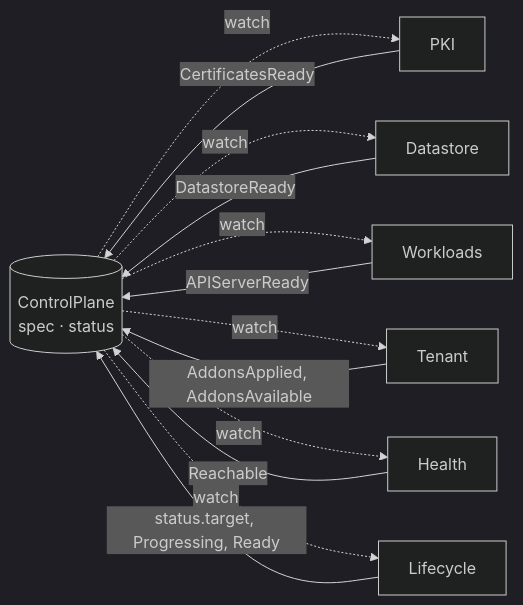
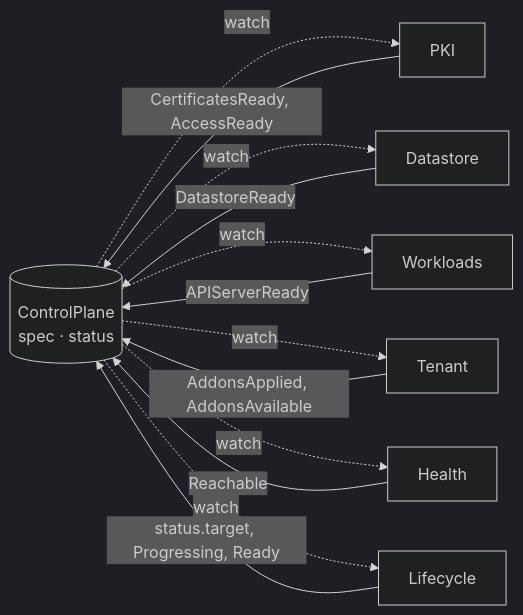
One commit to lodia-io/lodia changed the diagram in docs/decisions/independent-controllers.md. Above: the diagram before and after it, drawn with Mermaid (dark theme). The commit also changed other lines of this file and 4 other files, not shown here.

First line of the commit message:
docs: AccessReady, so Brygga's own access to a tenant has an owner

````diff
--- a/docs/decisions/independent-controllers.md
+++ b/docs/decisions/independent-controllers.md
@@ -57,16 +57,16 @@
 ```mermaid
 flowchart LR
   CP[("ControlPlane<br/>spec · status")]
-  PKI -->|CertificatesReady| CP
+  PKI -->|CertificatesReady, AccessReady| CP
   DS[Datastore] -->|DatastoreReady| CP
   WL[Workloads] -->|APIServerReady| CP
   TN[Tenant] -->|AddonsApplied, AddonsAvailable| CP
   HL[Health] -->|Reachable| CP
   LC[Lifecycle] -->|status.target, Progressing, Ready| CP
   CP -. watch .-> PKI
   CP -. watch .-> DS
   CP -. watch .-> WL
   CP -. watch .-> TN
   CP -. watch .-> HL
   CP -. watch .-> LC
 ```
````
